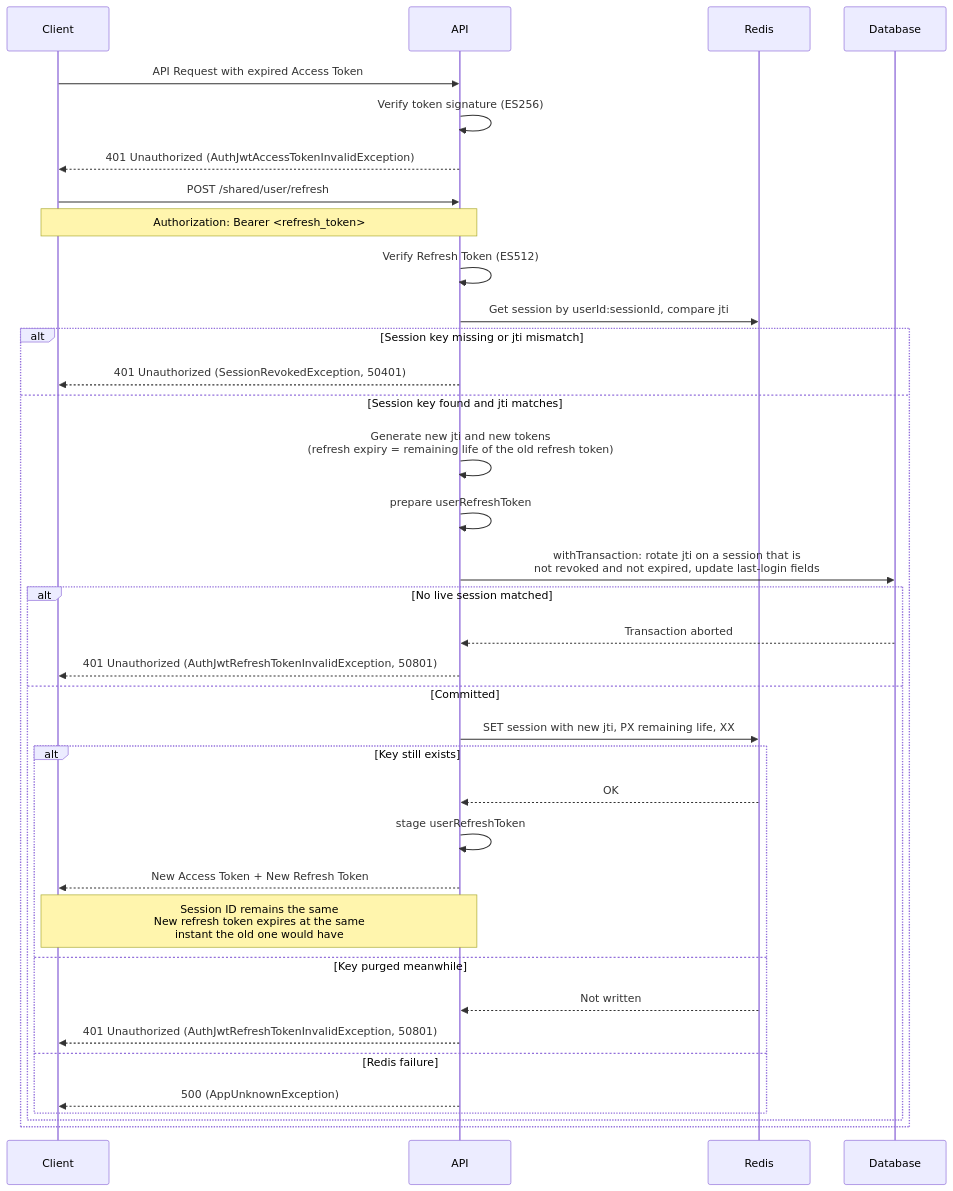
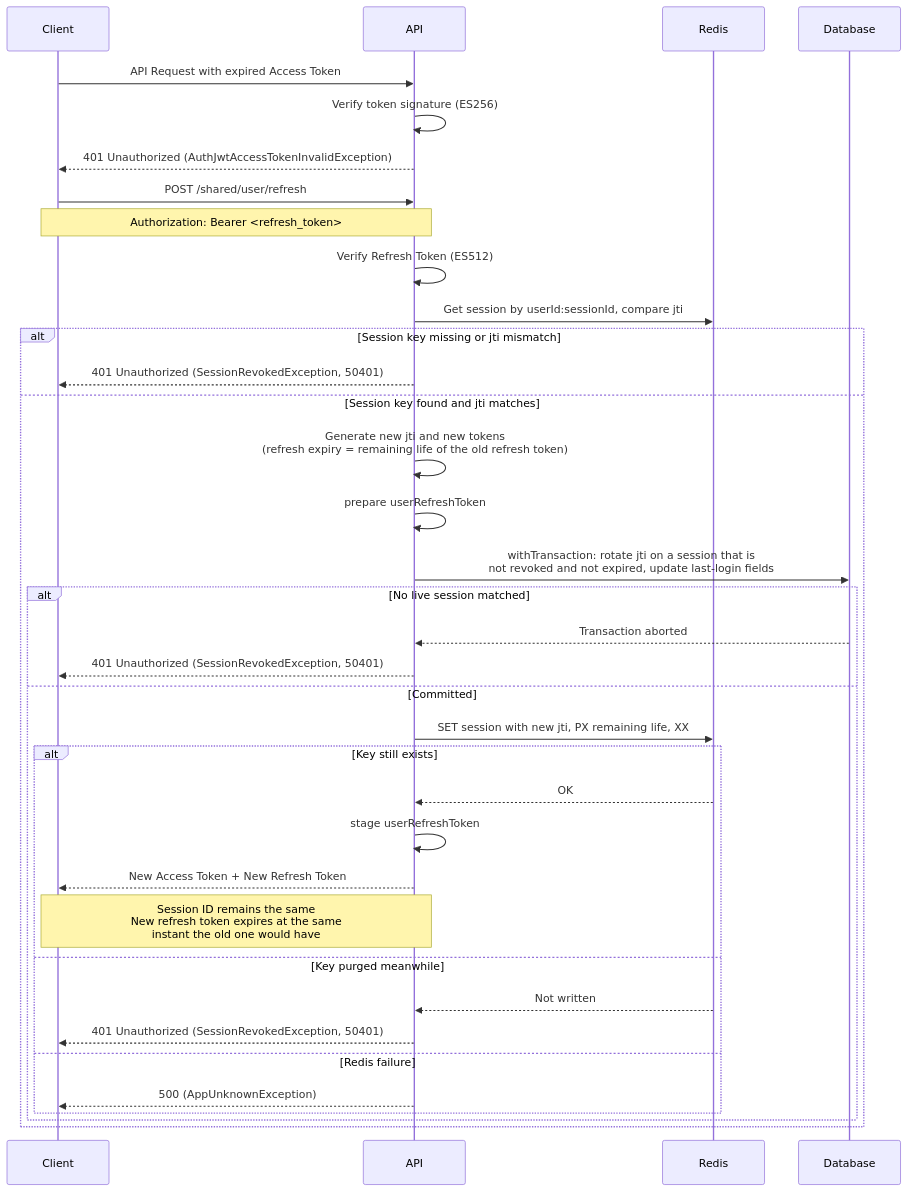
One commit to andrechristikan/ack-nestjs-boilerplate changed the fourth of 10 diagrams in docs/authentication.md. Above: the diagram before and after it, drawn with Mermaid. The commit also changed other lines of this file and 115 other files, not shown here.

````diff
--- a/docs/authentication.md
+++ b/docs/authentication.md
@@ -413,41 +413,41 @@
 ```mermaid
 sequenceDiagram
     participant Client
     participant API
     participant Redis
     participant Database
 
     Client->>API: API Request with expired Access Token
     API->>API: Verify token signature (ES256)
     API-->>Client: 401 Unauthorized (AuthJwtAccessTokenInvalidException)
 
     Client->>API: POST /shared/user/refresh
     Note over Client,API: Authorization: Bearer <refresh_token>
 
     API->>API: Verify Refresh Token (ES512)
     API->>Redis: Get session by userId:sessionId, compare jti
     alt Session key missing or jti mismatch
         API-->>Client: 401 Unauthorized (SessionRevokedException, 50401)
     else Session key found and jti matches
         API->>API: Generate new jti and new tokens<br/>(refresh expiry = remaining life of the old refresh token)
         API->>API: prepare userRefreshToken
         API->>Database: withTransaction: rotate jti on a session that is<br/>not revoked and not expired, update last-login fields
         alt No live session matched
             Database-->>API: Transaction aborted
-            API-->>Client: 401 Unauthorized (AuthJwtRefreshTokenInvalidException, 50801)
+            API-->>Client: 401 Unauthorized (SessionRevokedException, 50401)
         else Committed
             API->>Redis: SET session with new jti, PX remaining life, XX
             alt Key still exists
                 Redis-->>API: OK
                 API->>API: stage userRefreshToken
                 API-->>Client: New Access Token + New Refresh Token
                 Note over Client,API: Session ID remains the same<br/>New refresh token expires at the same<br/>instant the old one would have
             else Key purged meanwhile
                 Redis-->>API: Not written
-                API-->>Client: 401 Unauthorized (AuthJwtRefreshTokenInvalidException, 50801)
+                API-->>Client: 401 Unauthorized (SessionRevokedException, 50401)
             else Redis failure
                 API-->>Client: 500 (AppUnknownException)
             end
         end
     end
 ```
````
